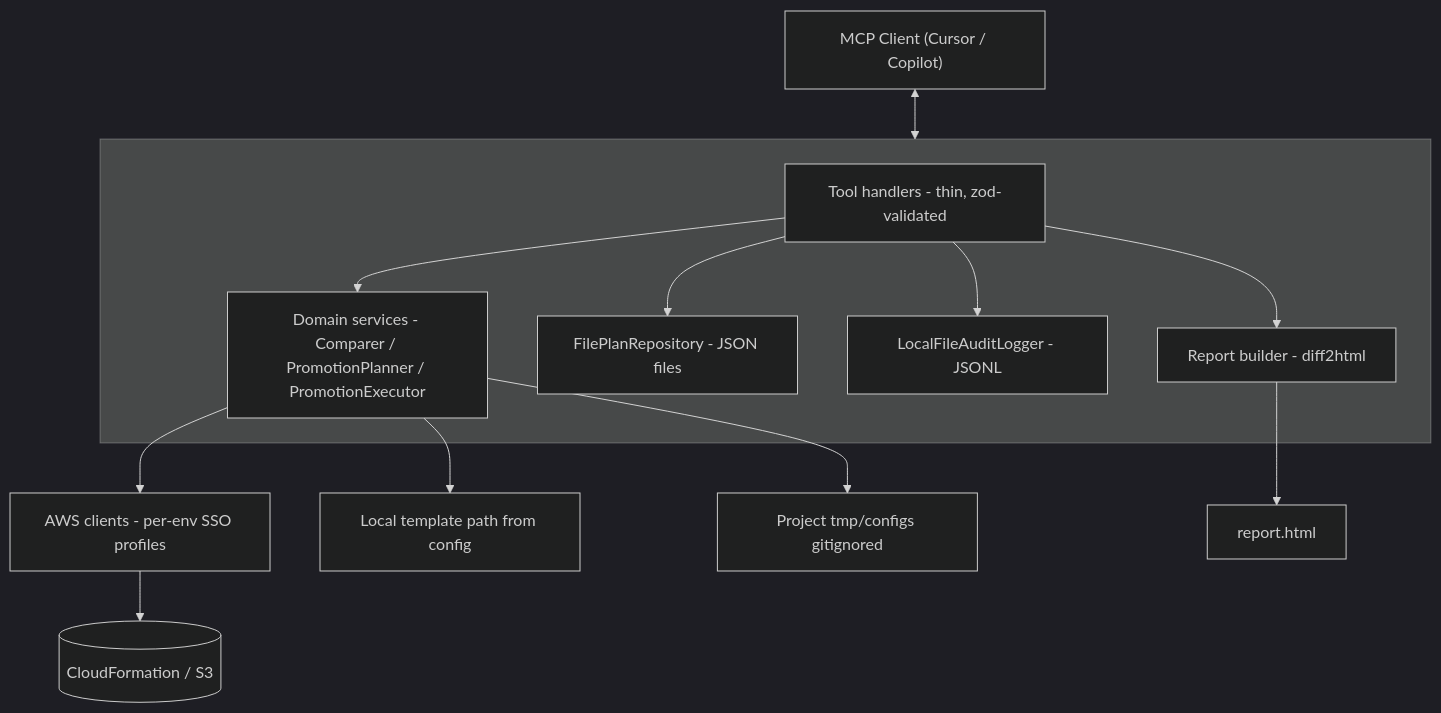
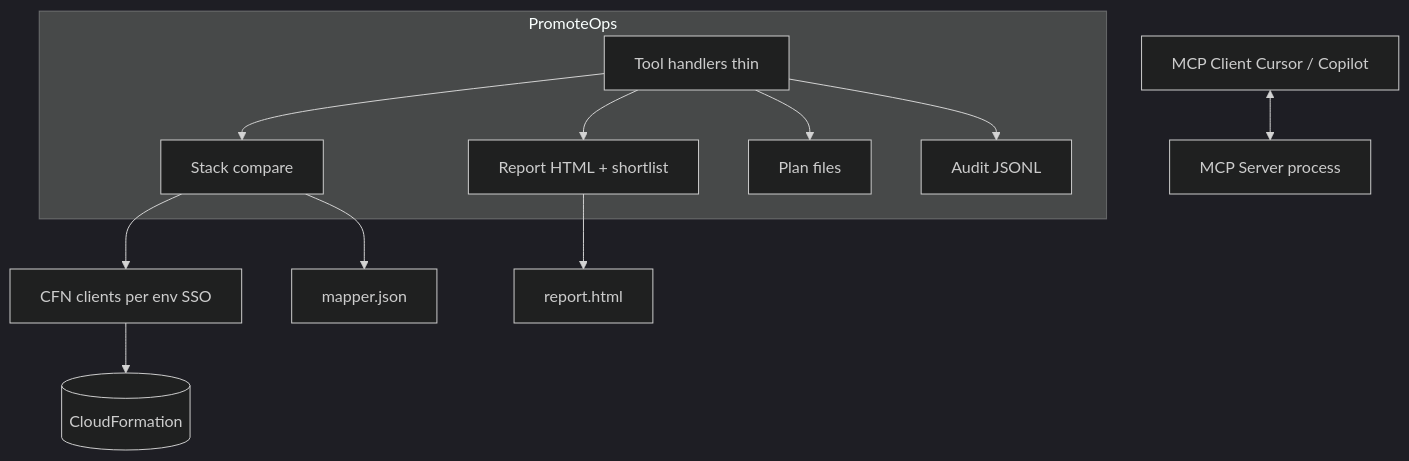
The diagram in docs/plan.md (Hitesh1326/promoteops), drawn with Mermaid (dark theme) before and after one commit. The commit also changed other lines of this file and 18 other files, not shown here.

````diff
--- a/docs/plan.md
+++ b/docs/plan.md
@@ -87,24 +131,21 @@
 ```mermaid
 flowchart TB
-    Client["MCP Client (Cursor / Copilot)"] <--> Server[MCP Server process]
+    Client["MCP Client Cursor / Copilot"] <--> Server[MCP Server process]
 
-    subgraph Server[" "]
-        Tools[Tool handlers - thin, zod-validated]
-        Domain[Domain services - Comparer / PromotionPlanner / PromotionExecutor]
-        PlanStore[FilePlanRepository - JSON files]
-        Audit[LocalFileAuditLogger - JSONL]
-        Report[Report builder - diff2html]
+    subgraph ServerProcess["PromoteOps"]
+        Tools[Tool handlers thin]
+        Compare[Stack compare]
+        Report[Report HTML + shortlist]
+        PlanStore[Plan files]
+        Audit[Audit JSONL]
     end
 
-    Tools --> Domain
+    Tools --> Compare
+    Tools --> Report
     Tools --> PlanStore
     Tools --> Audit
-    Tools --> Report
-
-    Domain --> AwsClients[AWS clients - per-env SSO profiles]
-    Domain --> LocalTemplates[Local template path from config]
-    Domain --> ConfigTemp[Project tmp/configs gitignored]
-
-    AwsClients --> AWS[("CloudFormation / S3")]
+    Compare --> AwsClients[CFN clients per env SSO]
+    Compare --> Mapper[mapper.json]
     Report --> HTML[report.html]
+    AwsClients --> AWS[("CloudFormation")]
 ```
````
